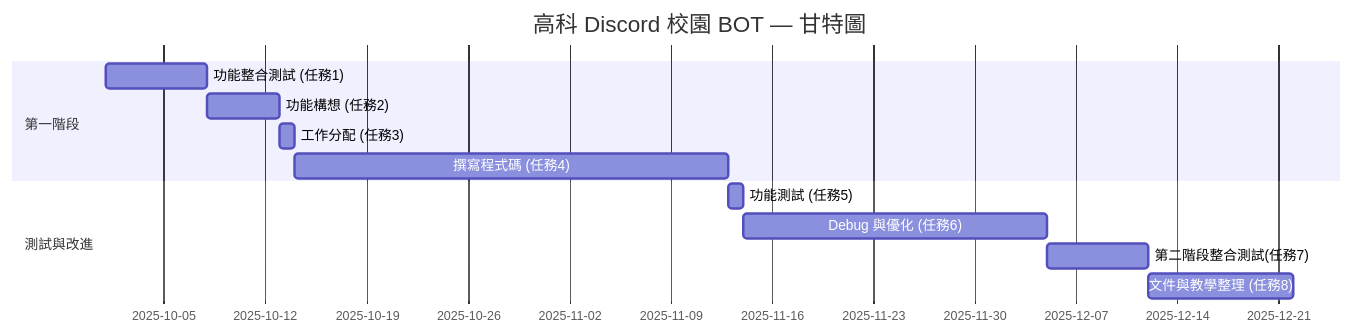
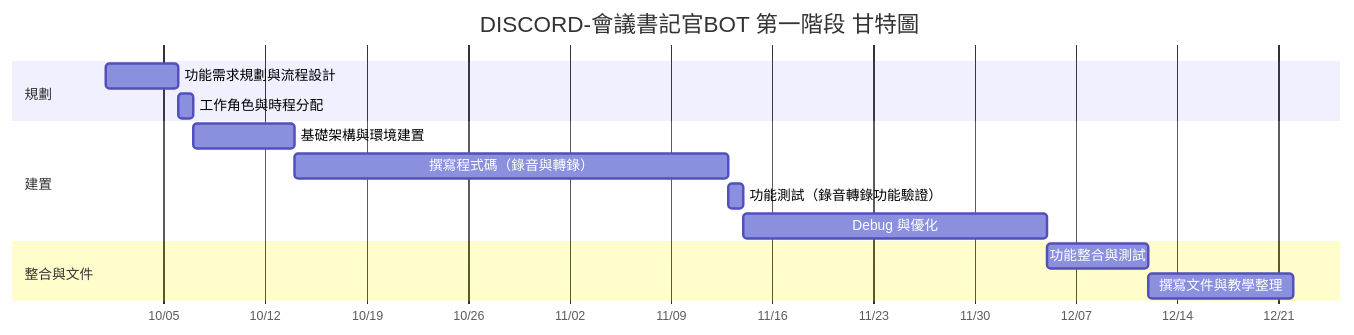
One commit to C112118249/Group-8 changed the second of 2 diagrams in 工作分配和進度規劃.md. Above: the diagram before and after it, drawn with Mermaid. The commit also changed other lines of this file, not shown here.

````diff
--- a/工作分配和進度規劃.md
+++ b/工作分配和進度規劃.md
@@ -43,19 +43,24 @@
 ```mermaid
 
 
 gantt
-    title 高科 Discord 校園 BOT — 甘特圖
+    title DISCORD-會議書記官BOT 第一階段 甘特圖
     dateFormat  YYYY-MM-DD
-    section 第一階段
-    功能整合測試 (任務1) :a1, 2025-10-01, 7d
-    功能構想 (任務2)     :a2, 2025-10-08, 5d
-    工作分配 (任務3)     :a3, 2025-10-13, 1d
-    撰寫程式碼 (任務4)   :a4, 2025-10-14, 30d
-    section 測試與改進
-    功能測試 (任務5)     :b1, 2025-11-13, 1d
-    Debug 與優化 (任務6) :b2, 2025-11-14, 21d
-    第二階段整合測試(任務7) :b3, 2025-12-05, 7d
-    文件與教學整理 (任務8)  :b4, 2025-12-12, 10d
+    axisFormat  %m/%d
+
+    section 規劃
+    功能需求規劃與流程設計       :des1, 2025-10-01, 5d
+    工作角色與時程分配           :des2, 2025-10-06, 1d
+
+    section 建置
+    基礎架構與環境建置           :des3, 2025-10-07, 7d
+    撰寫程式碼（錄音與轉錄）     :des4, 2025-10-14, 30d
+    功能測試（錄音轉錄功能驗證） :des5, 2025-11-13, 1d
+    Debug 與優化                 :des6, 2025-11-14, 21d
+
+    section 整合與文件
+    功能整合與測試               :des7, 2025-12-05, 7d
+    撰寫文件與教學整理           :des8, 2025-12-12, 10d
 
 
 ``` 
````
